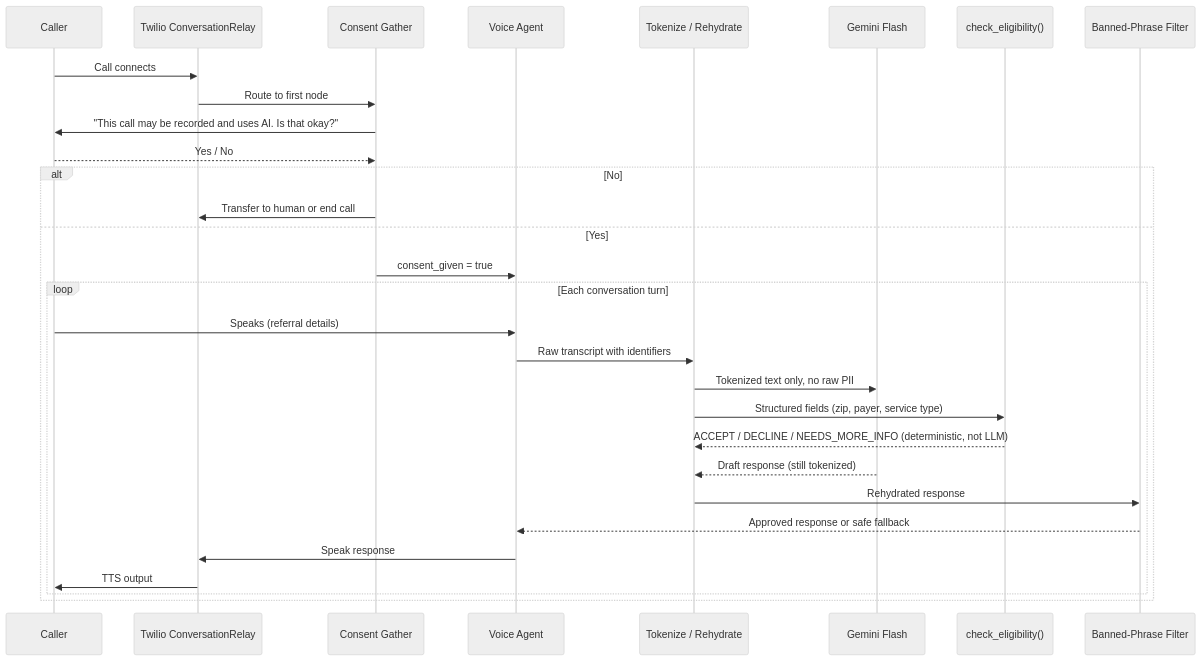
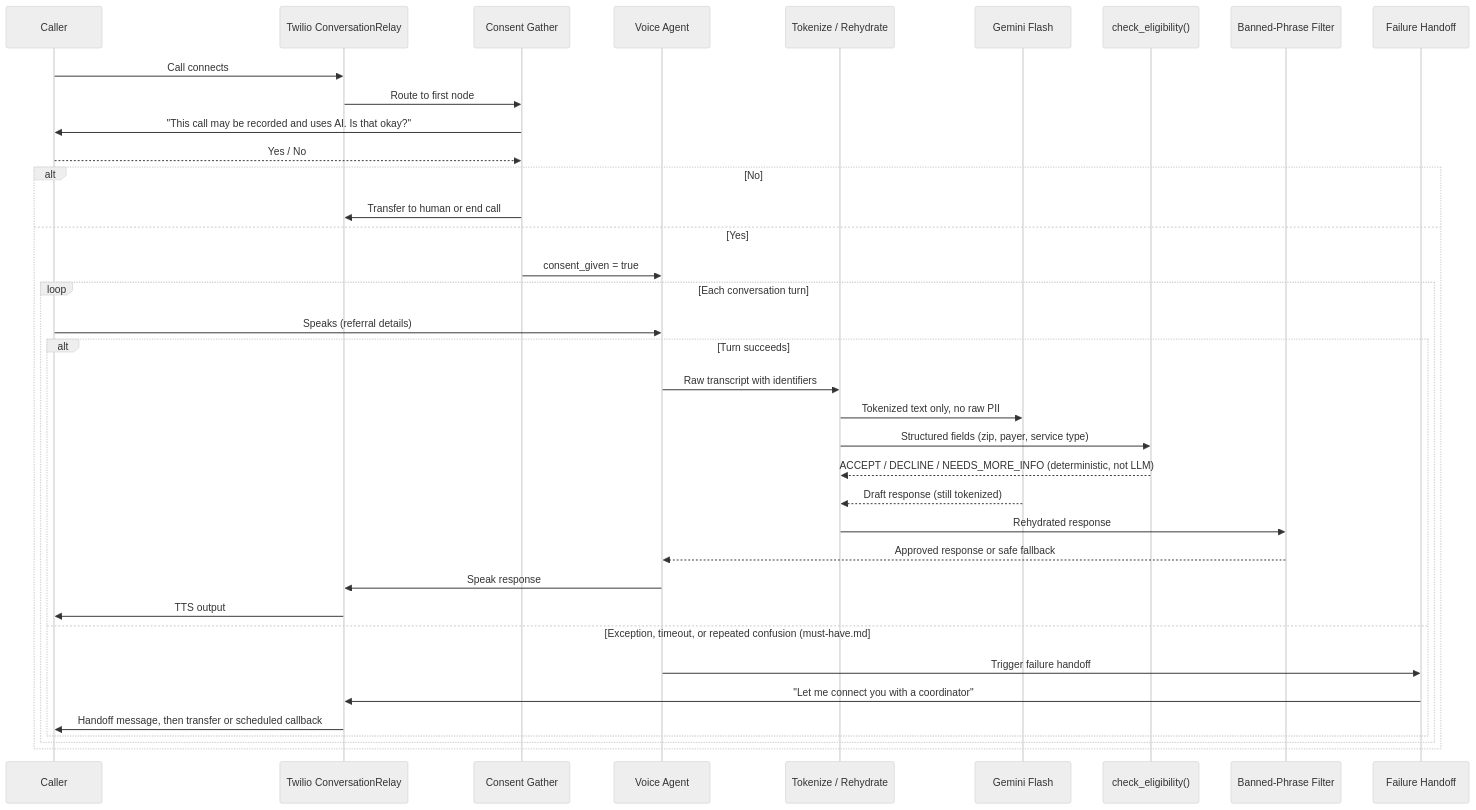
Before and after one commit to jaimeguzman/arya-hackathon: the second of 9 diagrams in docs/ARCHITECTURE.md, drawn with Mermaid (neutral theme). The commit also changed other lines of this file and 5 other files, not shown here.

````diff
--- a/docs/ARCHITECTURE.md
+++ b/docs/ARCHITECTURE.md
@@ -64,33 +64,40 @@
 ```mermaid
 sequenceDiagram
     participant Caller
     participant Twilio as Twilio ConversationRelay
     participant Consent as Consent Gather
     participant Voice as Voice Agent
     participant Tok as Tokenize / Rehydrate
     participant Gemini as Gemini Flash
     participant Elig as check_eligibility()
     participant Filter as Banned-Phrase Filter
+    participant Fallback as Failure Handoff
 
     Caller->>Twilio: Call connects
     Twilio->>Consent: Route to first node
     Consent->>Caller: "This call may be recorded and uses AI. Is that okay?"
     Caller-->>Consent: Yes / No
     alt No
         Consent->>Twilio: Transfer to human or end call
     else Yes
         Consent->>Voice: consent_given = true
         loop Each conversation turn
             Caller->>Voice: Speaks (referral details)
-            Voice->>Tok: Raw transcript with identifiers
-            Tok->>Gemini: Tokenized text only, no raw PII
-            Tok->>Elig: Structured fields (zip, payer, service type)
-            Elig-->>Tok: ACCEPT / DECLINE / NEEDS_MORE_INFO (deterministic, not LLM)
-            Gemini-->>Tok: Draft response (still tokenized)
-            Tok->>Filter: Rehydrated response
-            Filter-->>Voice: Approved response or safe fallback
-            Voice->>Twilio: Speak response
-            Twilio->>Caller: TTS output
+            alt Turn succeeds
+                Voice->>Tok: Raw transcript with identifiers
+                Tok->>Gemini: Tokenized text only, no raw PII
+                Tok->>Elig: Structured fields (zip, payer, service type)
+                Elig-->>Tok: ACCEPT / DECLINE / NEEDS_MORE_INFO (deterministic, not LLM)
+                Gemini-->>Tok: Draft response (still tokenized)
+                Tok->>Filter: Rehydrated response
+                Filter-->>Voice: Approved response or safe fallback
+                Voice->>Twilio: Speak response
+                Twilio->>Caller: TTS output
+            else Exception, timeout, or repeated confusion (must-have.md #6)
+                Voice->>Fallback: Trigger failure handoff
+                Fallback->>Twilio: "Let me connect you with a coordinator"
+                Twilio->>Caller: Handoff message, then transfer or scheduled callback
+            end
         end
     end
 ```
````
